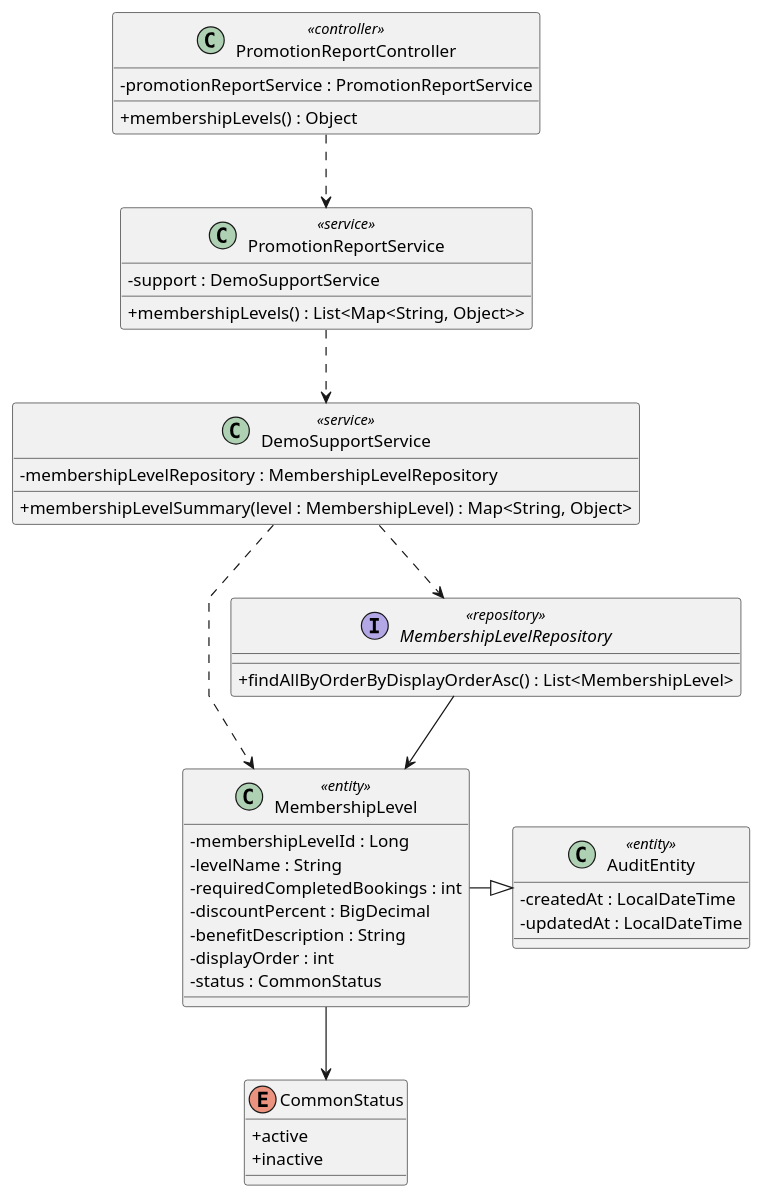
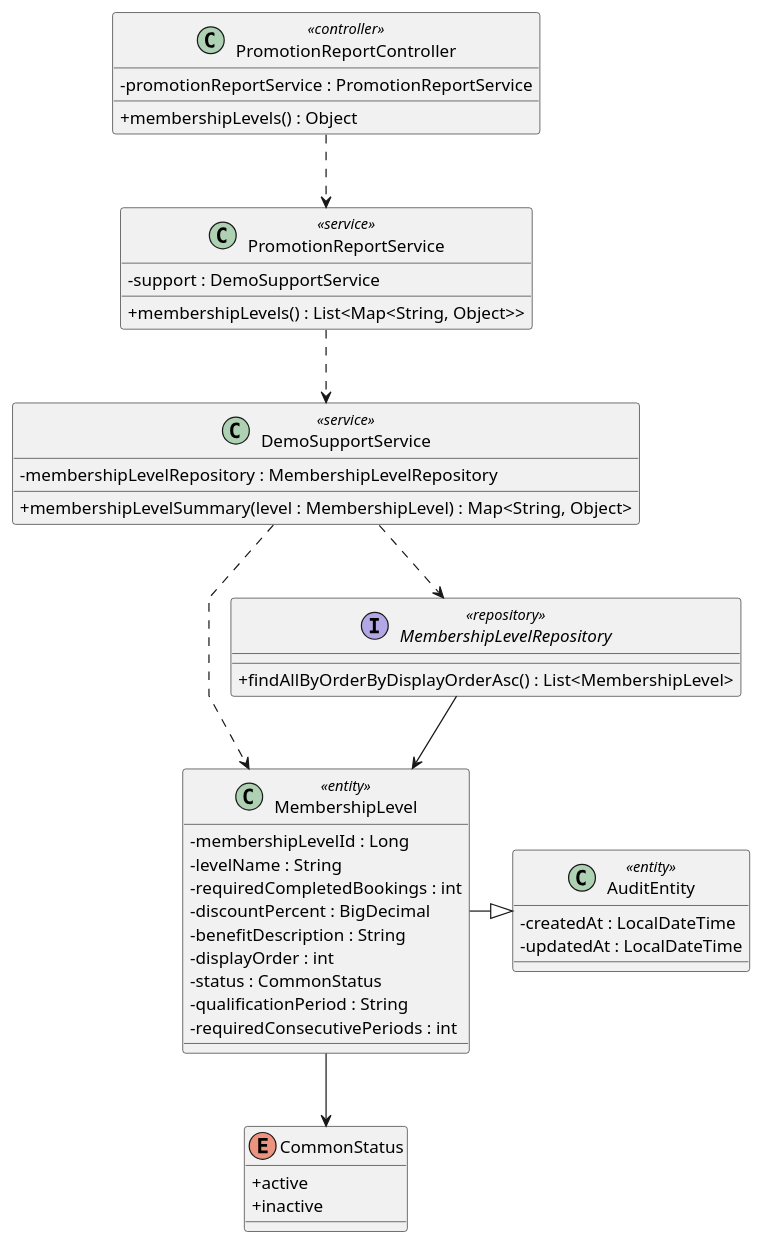
One commit to maxwell1904/SWP391_G3 changed the diagram in docs/Class Diagram/view-membership-benefits.puml. Above: the diagram before and after it, drawn with PlantUML. The commit also changed 40 other files, not shown here.

Commit message:
align code-first docs and complete suggestion flow

```diff
--- a/docs/Class Diagram/view-membership-benefits.puml
+++ b/docs/Class Diagram/view-membership-benefits.puml
@@ -1,57 +1,59 @@
 @startuml
 
 skinparam classAttributeIconSize 0
 skinparam linetype polyline
 
 class PromotionReportController <<controller>> {
     -promotionReportService : PromotionReportService
 
     +membershipLevels() : Object
 }
 
 class PromotionReportService <<service>> {
     -support : DemoSupportService
 
     +membershipLevels() : List<Map<String, Object>>
 }
 
 class DemoSupportService <<service>> {
     -membershipLevelRepository : MembershipLevelRepository
 
     +membershipLevelSummary(level : MembershipLevel) : Map<String, Object>
 }
 
 interface MembershipLevelRepository <<repository>> {
     +findAllByOrderByDisplayOrderAsc() : List<MembershipLevel>
 }
 
 class MembershipLevel <<entity>> {
     -membershipLevelId : Long
     -levelName : String
     -requiredCompletedBookings : int
     -discountPercent : BigDecimal
     -benefitDescription : String
     -displayOrder : int
     -status : CommonStatus
+    -qualificationPeriod : String
+    -requiredConsecutivePeriods : int
 }
 
 class AuditEntity <<entity>> {
     -createdAt : LocalDateTime
     -updatedAt : LocalDateTime
 }
 
 enum CommonStatus {
     + active
     + inactive
 }
 
 ' Relationships
 PromotionReportController ..> PromotionReportService
 PromotionReportService ..> DemoSupportService
 DemoSupportService ..> MembershipLevelRepository
 DemoSupportService ..> MembershipLevel
 MembershipLevelRepository --> MembershipLevel
 MembershipLevel -|> AuditEntity
 MembershipLevel --> CommonStatus
 
 @enduml
```
